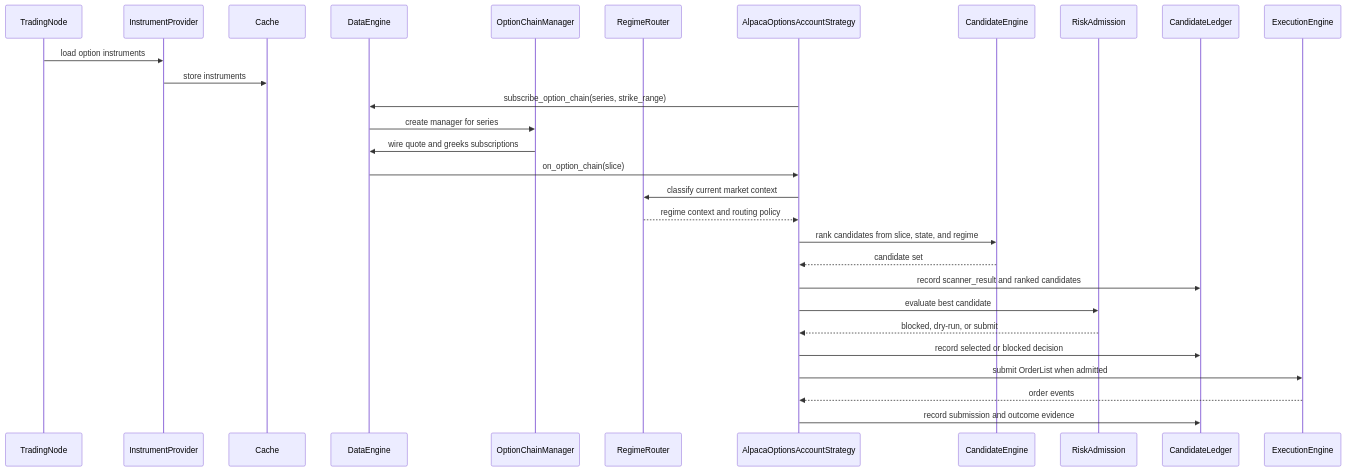
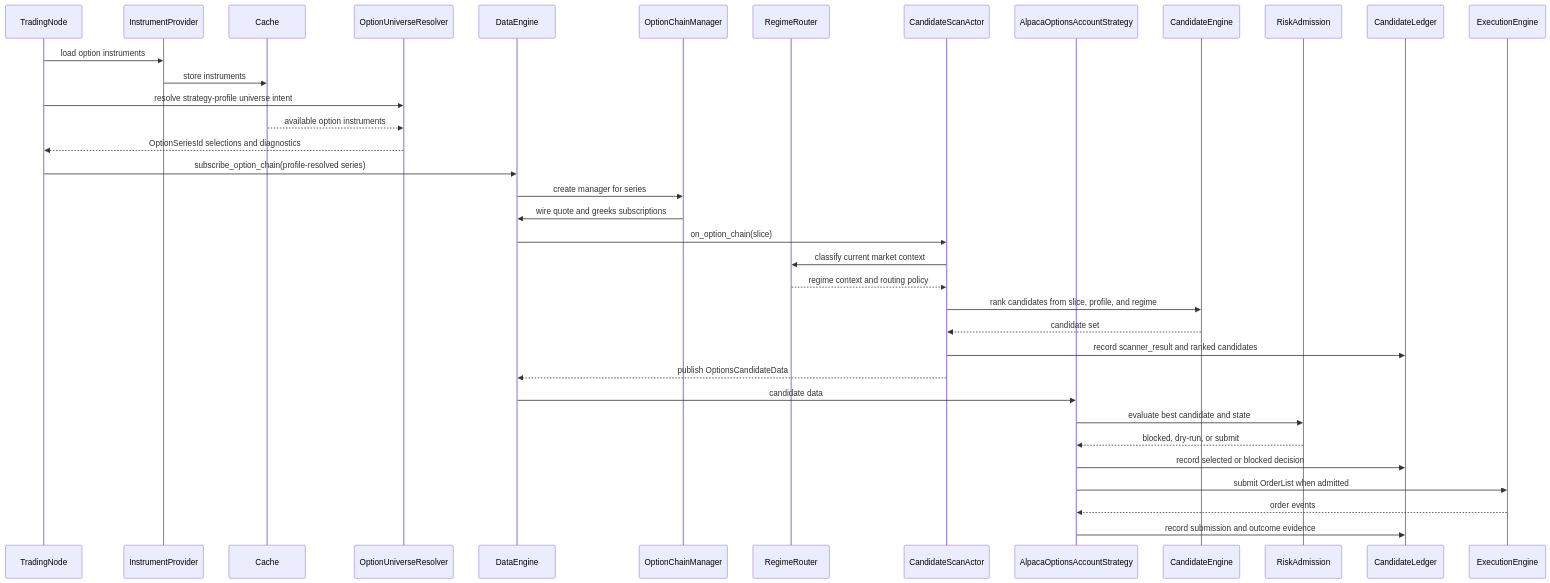
One commit to afrojuju1/nautilus_trader changed the second of 2 diagrams in docs/developer_guide/nautilus_native_candidate_scanning.md. Above: the diagram before and after it, drawn with Mermaid. The commit also changed other lines of this file and 8 other files, not shown here.

Commit message:
Document Alpaca profile-owned scanner runtime

````diff
--- a/docs/developer_guide/nautilus_native_candidate_scanning.md
+++ b/docs/developer_guide/nautilus_native_candidate_scanning.md
@@ -127,32 +135,39 @@
 ```mermaid
 sequenceDiagram
     participant Node as TradingNode
     participant Provider as InstrumentProvider
     participant Cache as Cache
+    participant Resolver as OptionUniverseResolver
     participant Data as DataEngine
     participant Chain as OptionChainManager
     participant Regime as RegimeRouter
+    participant Scan as CandidateScanActor
     participant Strategy as AlpacaOptionsAccountStrategy
     participant Candidate as CandidateEngine
     participant Risk as RiskAdmission
     participant Ledger as CandidateLedger
     participant Exec as ExecutionEngine
 
     Node->>Provider: load option instruments
     Provider->>Cache: store instruments
-    Strategy->>Data: subscribe_option_chain(series, strike_range)
+    Node->>Resolver: resolve strategy-profile universe intent
+    Cache-->>Resolver: available option instruments
+    Resolver-->>Node: OptionSeriesId selections and diagnostics
+    Node->>Data: subscribe_option_chain(profile-resolved series)
     Data->>Chain: create manager for series
     Chain->>Data: wire quote and greeks subscriptions
-    Data->>Strategy: on_option_chain(slice)
-    Strategy->>Regime: classify current market context
-    Regime-->>Strategy: regime context and routing policy
-    Strategy->>Candidate: rank candidates from slice, state, and regime
-    Candidate-->>Strategy: candidate set
-    Strategy->>Ledger: record scanner_result and ranked candidates
-    Strategy->>Risk: evaluate best candidate
+    Data->>Scan: on_option_chain(slice)
+    Scan->>Regime: classify current market context
+    Regime-->>Scan: regime context and routing policy
+    Scan->>Candidate: rank candidates from slice, profile, and regime
+    Candidate-->>Scan: candidate set
+    Scan->>Ledger: record scanner_result and ranked candidates
+    Scan-->>Data: publish OptionsCandidateData
+    Data->>Strategy: candidate data
+    Strategy->>Risk: evaluate best candidate and state
     Risk-->>Strategy: blocked, dry-run, or submit
     Strategy->>Ledger: record selected or blocked decision
     Strategy->>Exec: submit OrderList when admitted
     Exec-->>Strategy: order events
     Strategy->>Ledger: record submission and outcome evidence
 ```
````
